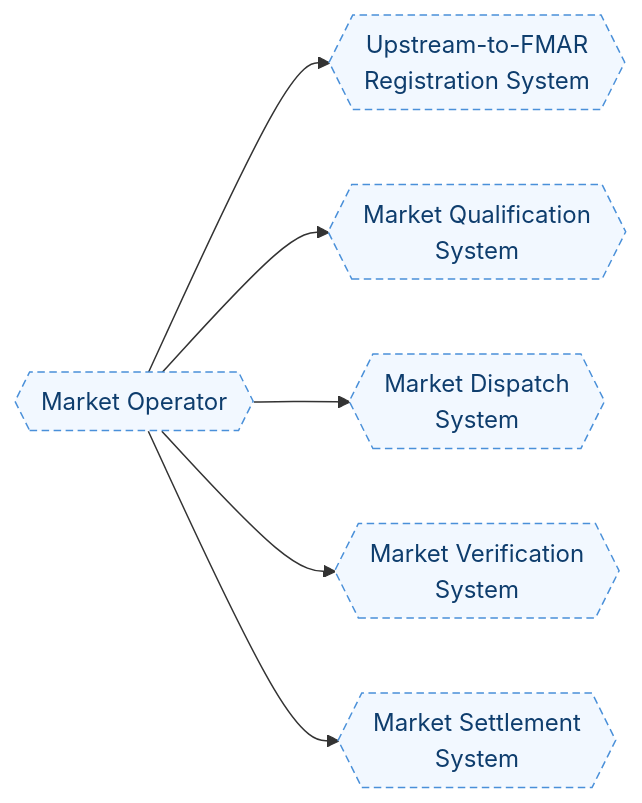
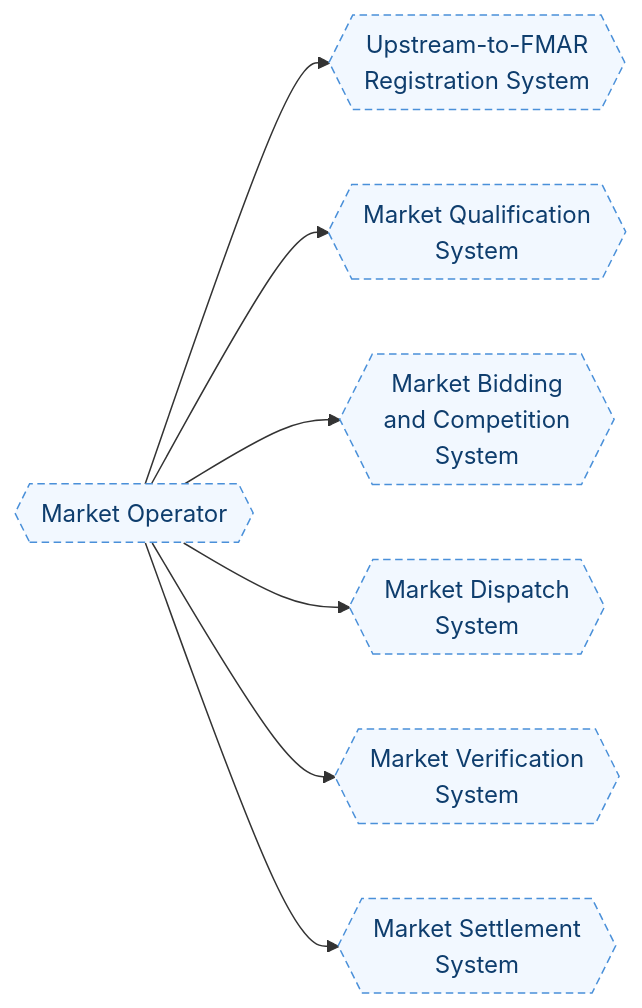
Before and after one commit to Mez-Elexon/flex-world-docs: the second of 13 diagrams in v2.mdx, drawn with Mermaid. The commit also changed other lines of this file and 8 other files, not shown here.

````diff
--- a/v2.mdx
+++ b/v2.mdx
@@ -97,17 +97,19 @@
 ```mermaid
 flowchart LR
     MarketOp{{"Market Operator"}}:::role
     Up{{"Upstream-to-FMAR<br/>Registration System"}}:::role
     Qual{{"Market Qualification<br/>System"}}:::role
+	Comp{{"Market Bidding <br/>and Competition<br/>System"}}:::role
     Disp{{"Market Dispatch<br/>System"}}:::role
     Ver{{"Market Verification<br/>System"}}:::role
     Settle{{"Market Settlement<br/>System"}}:::role
 
     MarketOp --> Up
     MarketOp --> Qual
+	MarketOp --> Comp
     MarketOp --> Disp
     MarketOp --> Ver
     MarketOp --> Settle
 
     classDef role fill:#F2F8FF,stroke:#4A90D9,color:#0E3D6D,stroke-dasharray:5 3
 ```
````
